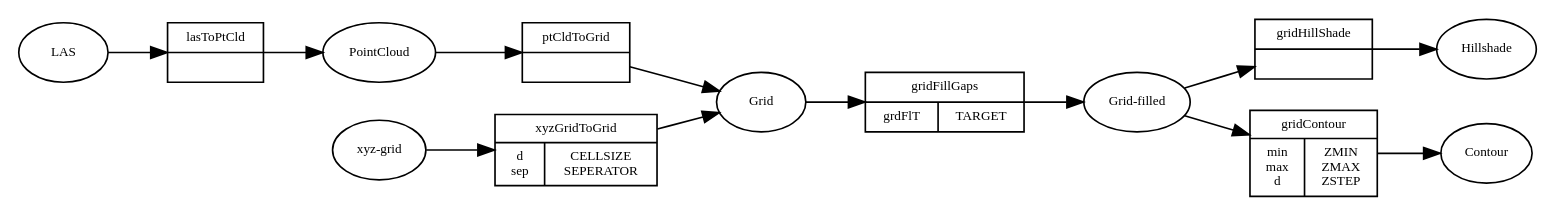
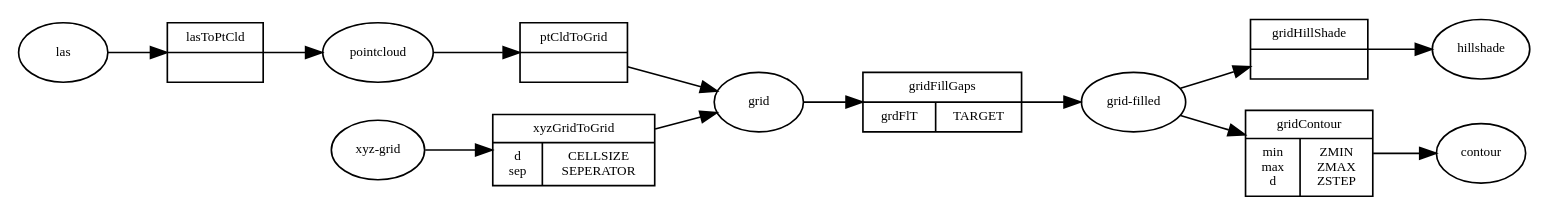
One commit to michelk/saga-cmd.hs changed the diagram in README.org. Above: the diagram before and after it, drawn with Graphviz. The commit also changed other lines of this file, not shown here.

```diff
--- a/README.org
+++ b/README.org
@@ -82,27 +87,27 @@
    #+BEGIN_SRC dot :exports results :results graphics :file doc/figures/chains.png :eval no-export
      digraph chains {
          graph [rankdir = LR]; 
          node [shape = ellipse, fontsize = 8];
 
-         las [label = "LAS"];
-         grd [label = "Grid"];
-         grdF [label = "Grid-filled"];
+         las [label = "las"];
+         grd [label = "grid"];
+         grdF [label = "grid-filled"];
          xyz [label = "xyz-grid"];
-         cntr [label = "Contour"];
-         hls [label = "Hillshade"];
-         pt [label = "PointCloud"]
+         cntr [label = "contour"];
+         hls [label = "hillshade"];
+         pt [label = "pointcloud"]
 
          xyzGrid [shape = record, label = "xyzGridToGrid|{d\nsep|CELLSIZE\nSEPERATOR}"]
          lasPt [shape = record, label = "lasToPtCld |"]
          ptGrd [shape = record, label = "ptCldToGrid|"]
          grdFl [shape = record, label = "gridFillGaps| {grdFlT |TARGET}"]
          grdHl [shape = record, label = "gridHillShade|"]
          grdCtl [shape = record, label = "gridContour| {min\nmax\nd |ZMIN\nZMAX\nZSTEP}"]
 
          las -> lasPt -> pt -> ptGrd -> grd;
          xyz -> xyzGrid -> grd ;
          grd -> grdFl -> grdF;
          grdF -> grdHl -> hls;
          grdF -> grdCtl -> cntr;
      }
    #+END_SRC
```
